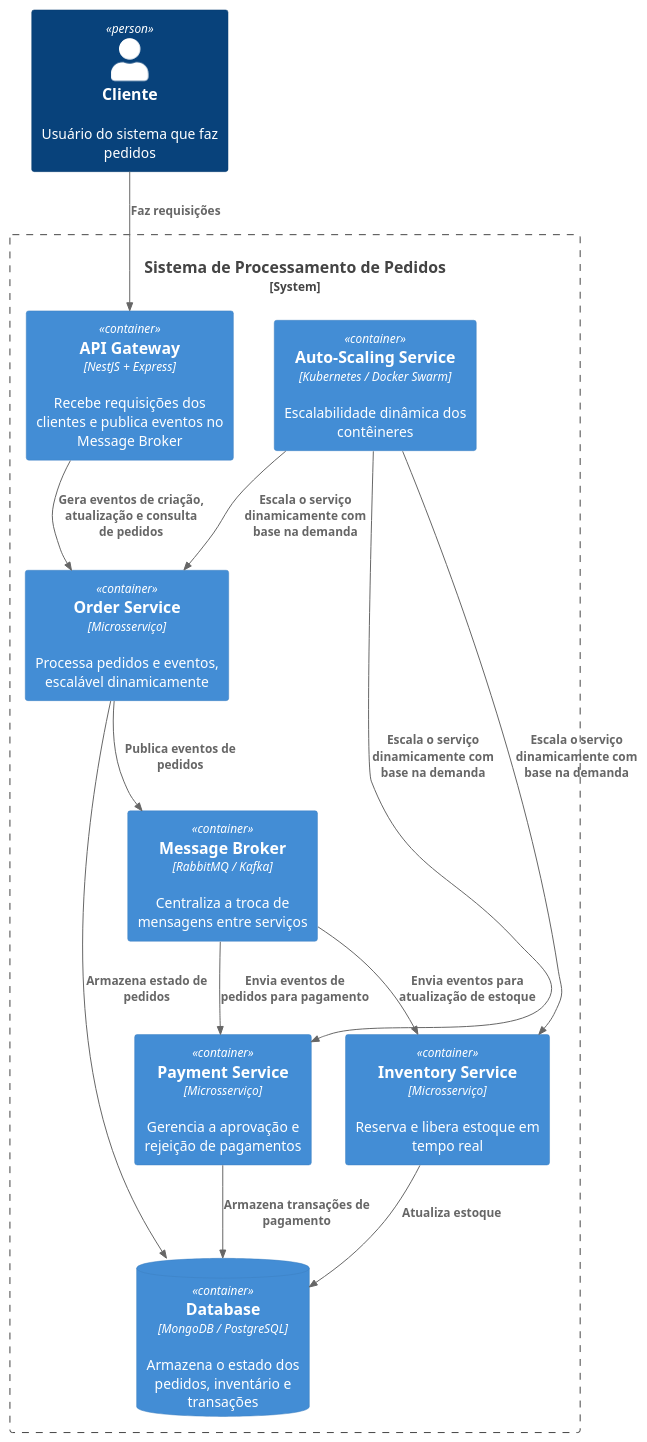
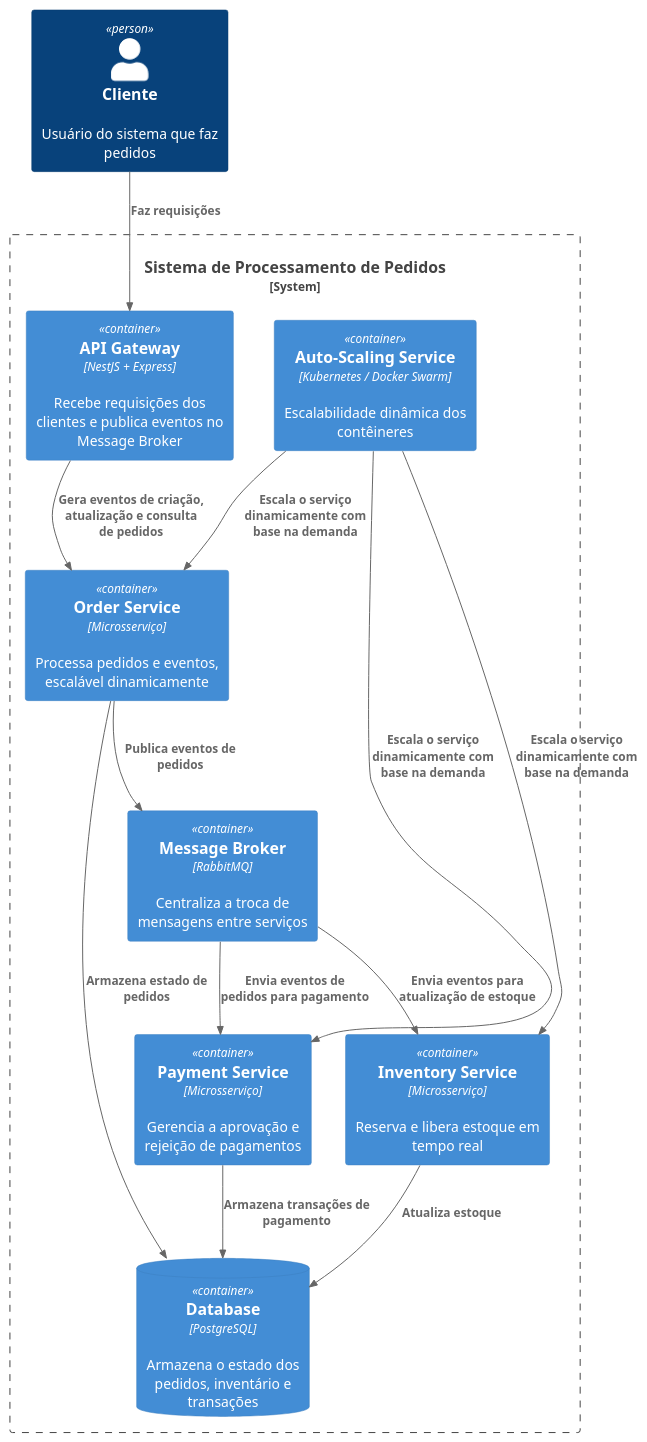
The diagram in n2-container.plantuml (jnerydesigner/Bemol), drawn with PlantUML before and after one commit. The commit also changed 1 other file, not shown here.

Commit message:
Chore: Adjust in n2-container

```diff
--- a/n2-container.plantuml
+++ b/n2-container.plantuml
@@ -1,36 +1,36 @@
 @startuml Container n2
 !include https://raw.githubusercontent.com/plantuml-stdlib/C4-PlantUML/master/C4_Container.puml
 
 Person(cliente, "Cliente", "Usuário do sistema que faz pedidos")
 
 System_Boundary(spp_boundary, "Sistema de Processamento de Pedidos") {
 
   Container(apiGateway, "API Gateway", "NestJS + Express", "Recebe requisições dos clientes e publica eventos no Message Broker")
   
   Container(orderService, "Order Service", "Microsserviço", "Processa pedidos e eventos, escalável dinamicamente")
   
   Container(paymentService, "Payment Service", "Microsserviço", "Gerencia a aprovação e rejeição de pagamentos")
   
   Container(inventoryService, "Inventory Service", "Microsserviço", "Reserva e libera estoque em tempo real")
   
-  Container(messageBroker, "Message Broker", "RabbitMQ / Kafka", "Centraliza a troca de mensagens entre serviços")
+  Container(messageBroker, "Message Broker", "RabbitMQ", "Centraliza a troca de mensagens entre serviços")
   
-  ContainerDb(database, "Database", "MongoDB / PostgreSQL", "Armazena o estado dos pedidos, inventário e transações")
+  ContainerDb(database, "Database", "PostgreSQL", "Armazena o estado dos pedidos, inventário e transações")
   
   Container(kubernetes, "Auto-Scaling Service", "Kubernetes / Docker Swarm", "Escalabilidade dinâmica dos contêineres")
   
 }
 
 Rel(cliente, apiGateway, "Faz requisições")
 Rel(apiGateway, orderService, "Gera eventos de criação, atualização e consulta de pedidos")
 Rel(orderService, messageBroker, "Publica eventos de pedidos")
 Rel(messageBroker, paymentService, "Envia eventos de pedidos para pagamento")
 Rel(messageBroker, inventoryService, "Envia eventos para atualização de estoque")
 Rel(orderService, database, "Armazena estado de pedidos")
 Rel(paymentService, database, "Armazena transações de pagamento")
 Rel(inventoryService, database, "Atualiza estoque")
 Rel(kubernetes, orderService, "Escala o serviço dinamicamente com base na demanda")
 Rel(kubernetes, paymentService, "Escala o serviço dinamicamente com base na demanda")
 Rel(kubernetes, inventoryService, "Escala o serviço dinamicamente com base na demanda")
 
 @enduml
```
